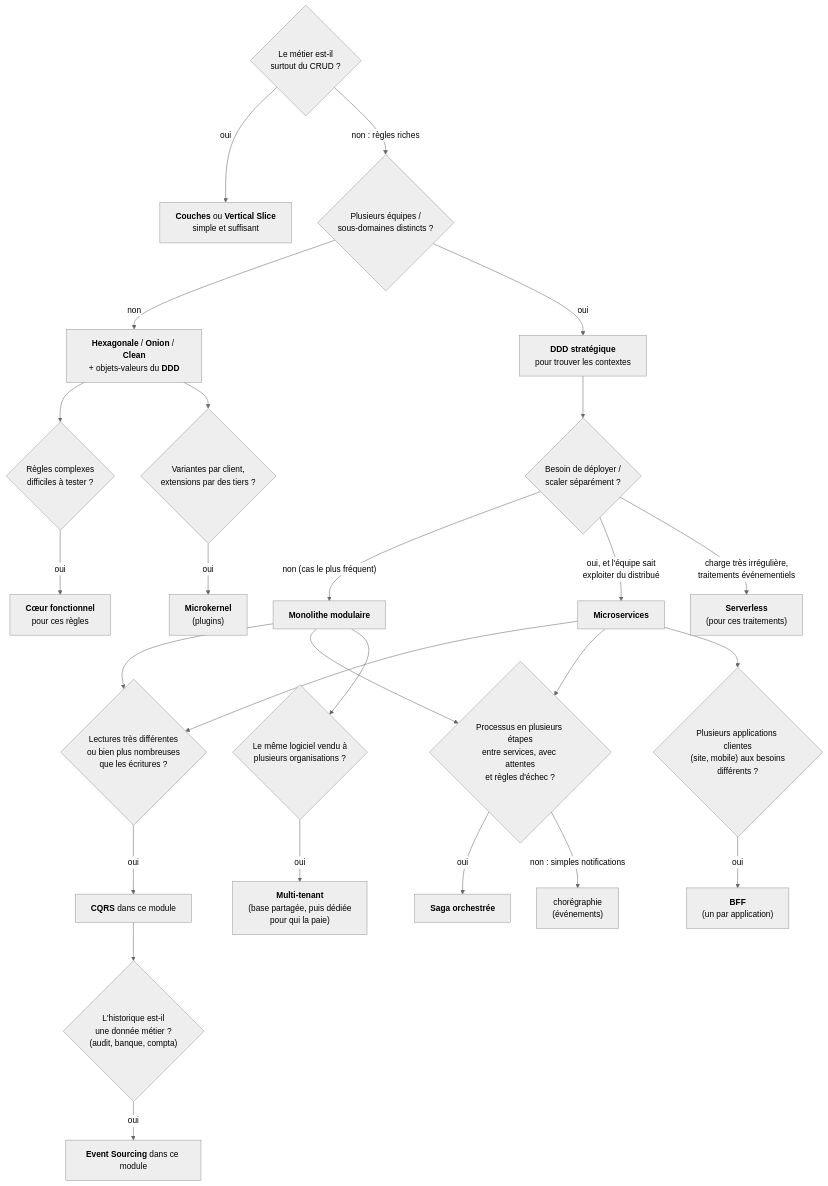
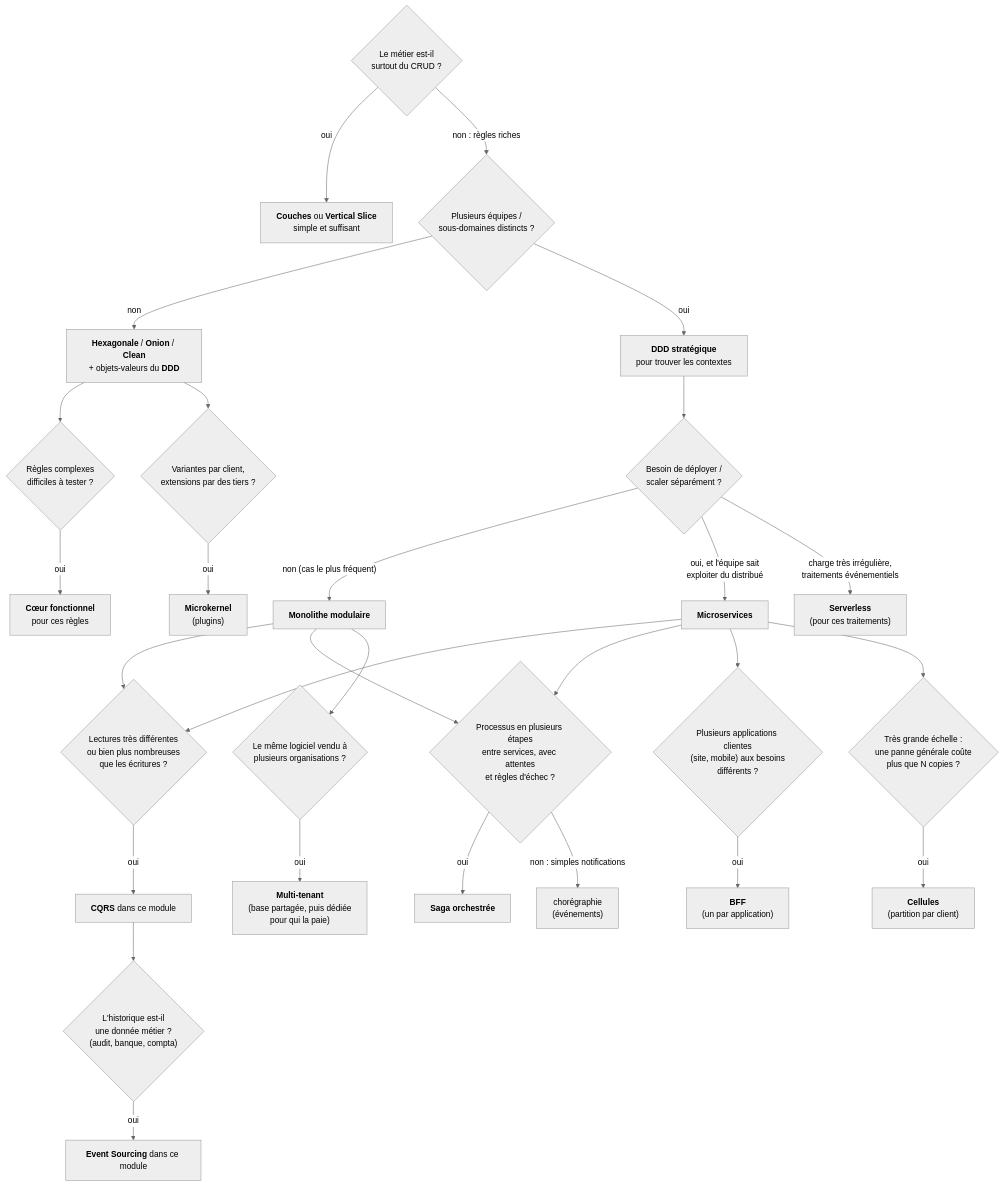
One commit to drangoht/ArchitecturesDemo changed the third of 4 diagrams in Docs/README.md. Above: the diagram before and after it, drawn with Mermaid (neutral theme). The commit also changed other lines of this file and 28 other files, not shown here.

First line of the commit message:
Ajoute la démo d'architecture cellulaire (cell-based)

````diff
--- a/Docs/README.md
+++ b/Docs/README.md
@@ -106,28 +108,30 @@
 ```mermaid
 flowchart TD
     A{"Le métier est-il<br/>surtout du CRUD ?"} -->|oui| B["<b>Couches</b> ou <b>Vertical Slice</b><br/>simple et suffisant"]
     A -->|"non : règles riches"| C{"Plusieurs équipes /<br/>sous-domaines distincts ?"}
     C -->|non| D["<b>Hexagonale</b> / <b>Onion</b> / <b>Clean</b><br/>+ objets-valeurs du <b>DDD</b>"]
     C -->|oui| E["<b>DDD stratégique</b><br/>pour trouver les contextes"]
     E --> F{"Besoin de déployer /<br/>scaler séparément ?"}
     F -->|"non (cas le plus fréquent)"| G["<b>Monolithe modulaire</b>"]
     F -->|"oui, et l'équipe sait<br/>exploiter du distribué"| H["<b>Microservices</b>"]
     F -->|"charge très irrégulière,<br/>traitements événementiels"| S["<b>Serverless</b><br/>(pour ces traitements)"]
     G --> I{"Lectures très différentes<br/>ou bien plus nombreuses<br/>que les écritures ?"}
     H --> I
     I -->|oui| J["<b>CQRS</b> dans ce module"]
     J --> K{"L'historique est-il<br/>une donnée métier ?<br/>(audit, banque, compta)"}
     K -->|oui| L["<b>Event Sourcing</b> dans ce module"]
     D --> M{"Règles complexes<br/>difficiles à tester ?"}
     M -->|oui| N["<b>Cœur fonctionnel</b><br/>pour ces règles"]
     D --> P{"Variantes par client,<br/>extensions par des tiers ?"}
     P -->|oui| Q["<b>Microkernel</b><br/>(plugins)"]
     H --> T{"Processus en plusieurs étapes<br/>entre services, avec attentes<br/>et règles d'échec ?"}
     G --> T
     T -->|oui| U["<b>Saga orchestrée</b>"]
     T -->|"non : simples notifications"| V["chorégraphie<br/>(événements)"]
     G --> W{"Le même logiciel vendu à<br/>plusieurs organisations ?"}
     W -->|oui| X["<b>Multi-tenant</b><br/>(base partagée, puis dédiée<br/>pour qui la paie)"]
     H --> Y{"Plusieurs applications clientes<br/>(site, mobile) aux besoins<br/>différents ?"}
     Y -->|oui| Z["<b>BFF</b><br/>(un par application)"]
+    H --> CA{"Très grande échelle :<br/>une panne générale coûte<br/>plus que N copies ?"}
+    CA -->|oui| CB["<b>Cellules</b><br/>(partition par client)"]
 ```
````
